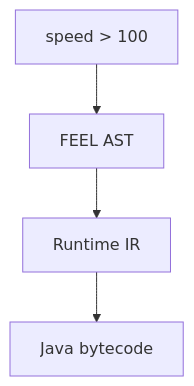
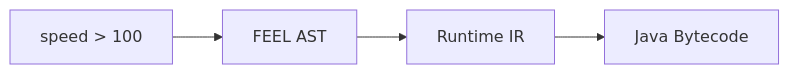
Before and after one commit to finmsg-io/dmn-compiler-toolkit: the sixth of 17 diagrams in docs/architecture/chapters/21-Performance.md, drawn with Mermaid. The commit also changed other lines of this file and 48 other files, not shown here.

Commit message:
docs: modernize architecture chapters, harmonize numbering, and configure global Mermaid theme

````diff
--- a/docs/architecture/chapters/21-Performance.md
+++ b/docs/architecture/chapters/21-Performance.md
@@ -185,4 +178,4 @@
 ```mermaid
-flowchart TD
-    expression["speed &gt; 100"] --> ast["FEEL AST"] --> ir["Runtime IR"] --> bytecode["Java bytecode"]
+flowchart LR
+    expression["speed > 100"] --> ast["FEEL AST"] --> ir["Runtime IR"] --> bytecode["Java Bytecode"]
 ```
````
